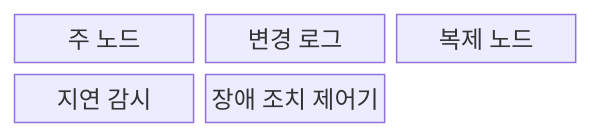
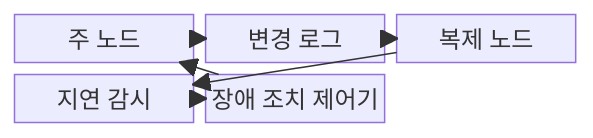
The first of 2 diagrams in src/content/docs/notes/03-software/100_database_replication.md (agnusdei1207/knowledge-base), drawn with Mermaid before and after one commit. The commit also changed other lines of this file and 20 other files, not shown here.

````diff
--- a/src/content/docs/notes/03-software/100_database_replication.md
+++ b/src/content/docs/notes/03-software/100_database_replication.md
@@ -53,9 +62,14 @@
 ```mermaid
 block-beta
   columns 3
   P["주 노드"]
   L["변경 로그"]
   R["복제 노드"]
   M["지연 감시"]
   F["장애 조치 제어기"]
+  P --> L
+  L --> R
+  R --> M
+  M --> F
+  F --> P
 ```
````
